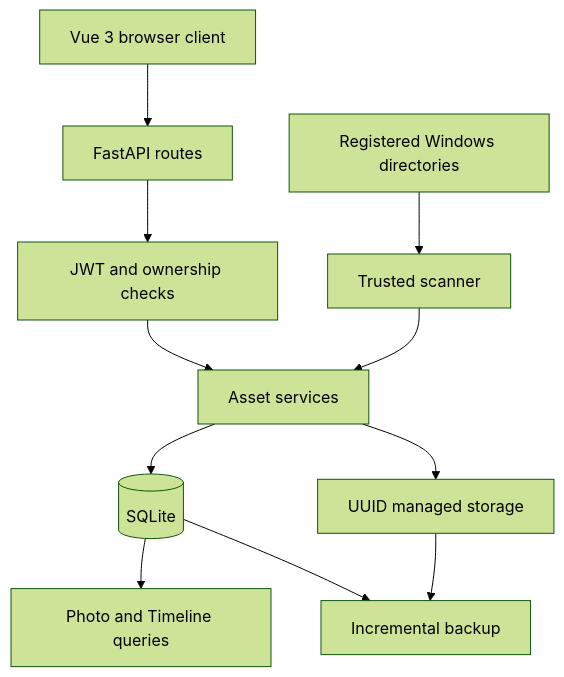
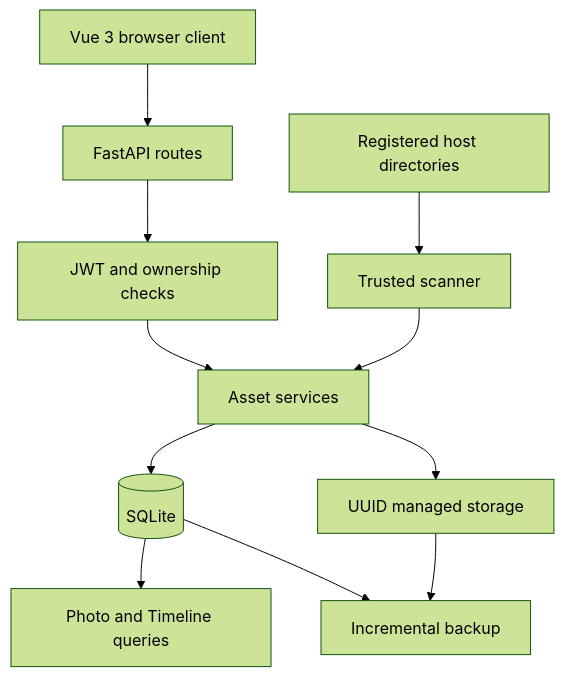
One commit to shjsdjdj/MyNAS changed the diagram in docs/ARCHITECTURE.md. Above: the diagram before and after it, drawn with Mermaid (forest theme). The commit also changed other lines of this file and 20 other files, not shown here.

````diff
--- a/docs/ARCHITECTURE.md
+++ b/docs/ARCHITECTURE.md
@@ -7,24 +7,24 @@
 ```mermaid
 flowchart TD
     Browser[Vue 3 browser client]
     API[FastAPI routes]
     Auth[JWT and ownership checks]
     Assets[Asset services]
     DB[(SQLite)]
     Storage[UUID managed storage]
-    Locations[Registered Windows directories]
+    Locations[Registered host directories]
     Scanner[Trusted scanner]
     Photos[Photo and Timeline queries]
     Backup[Incremental backup]
 
     Browser --> API
     API --> Auth
     Auth --> Assets
     Assets --> DB
     Assets --> Storage
     Locations --> Scanner
     Scanner --> Assets
     DB --> Photos
     DB --> Backup
     Storage --> Backup
 ```
````
